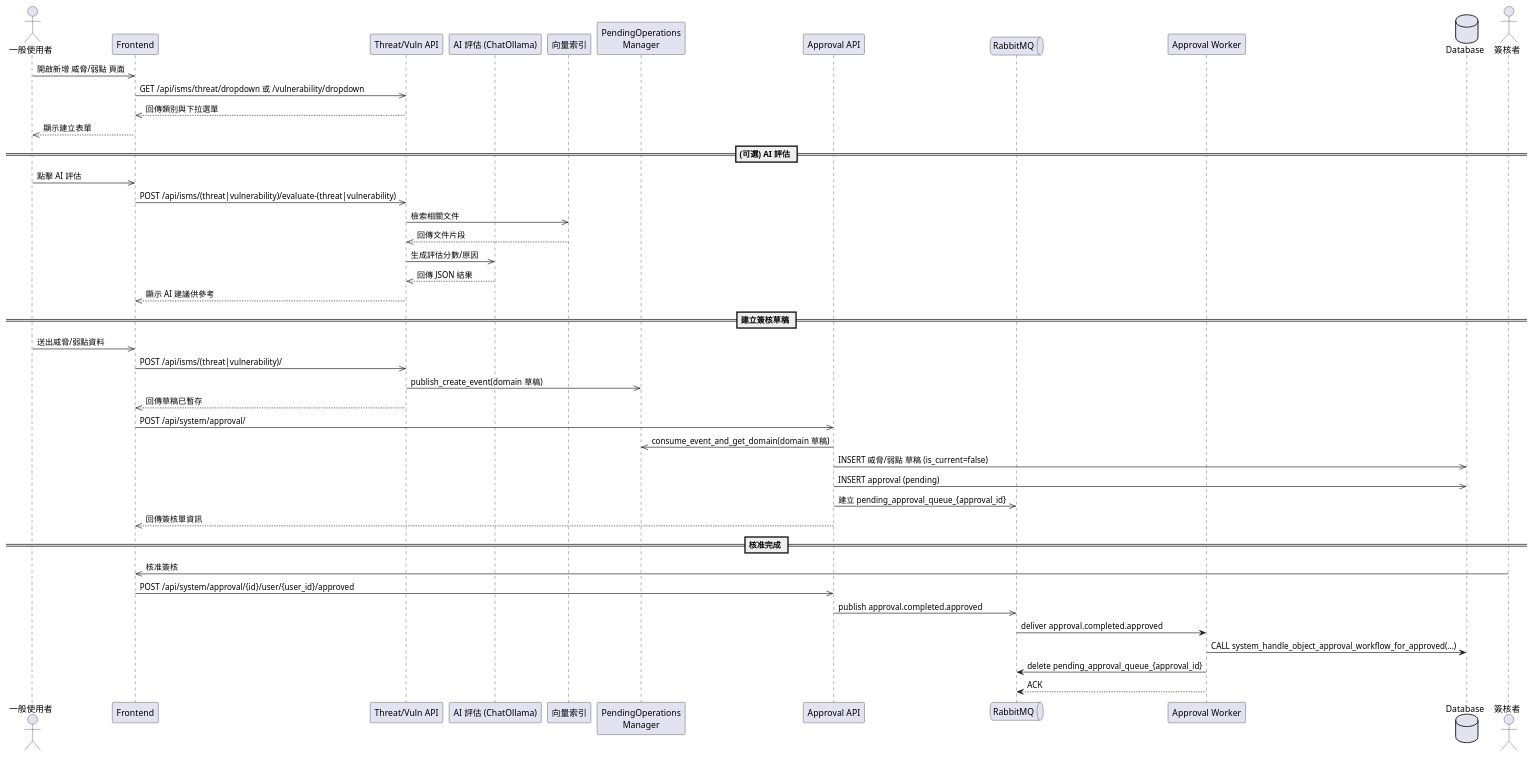
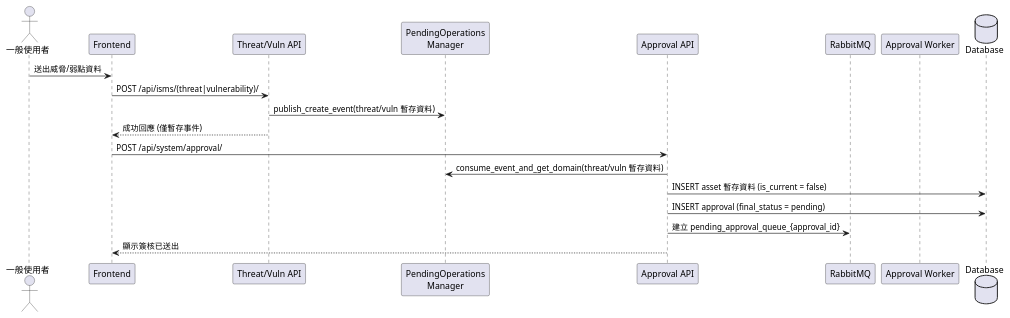
Before and after one commit to walle45611/NTUB_SecuManag_Diagram: the diagram in plantUML/sequence/threat_vuln_create.puml, drawn with PlantUML. The commit also changed 4 other files, not shown here.

Commit message:
feat: 新增風險追蹤與派工流程圖，整合相關服務與通知機制

```diff
--- a/plantUML/sequence/threat_vuln_create.puml
+++ b/plantUML/sequence/threat_vuln_create.puml
@@ -1,51 +1,23 @@
 @startuml
+
 actor User as "一般使用者"
 participant Frontend
 participant "Threat/Vuln API" as DomainAPI
-participant "AI 評估 (ChatOllama)" as Ollama
-participant "向量索引" as VectorStore
 participant "PendingOperations\nManager" as POM
 participant "Approval API" as ApprovalAPI
-queue "RabbitMQ" as MQ
+participant "RabbitMQ" as MQ
 participant "Approval Worker" as Worker
 database Database
 
-User ->> Frontend: 開啟新增 威脅/弱點 頁面
-Frontend ->> DomainAPI: GET /api/isms/threat/dropdown 或 /vulnerability/dropdown
-DomainAPI -->> Frontend: 回傳類別與下拉選單
-Frontend -->> User: 顯示建立表單
-
-== (可選) AI 評估 ==
-User ->> Frontend: 點擊 AI 評估
-Frontend ->> DomainAPI: POST /api/isms/(threat|vulnerability)/evaluate-(threat|vulnerability)
-DomainAPI ->> VectorStore: 檢索相關文件
-VectorStore -->> DomainAPI: 回傳文件片段
-DomainAPI ->> Ollama: 生成評估分數/原因
-Ollama -->> DomainAPI: 回傳 JSON 結果
-DomainAPI -->> Frontend: 顯示 AI 建議供參考
-
-== 建立簽核草稿 ==
-User ->> Frontend: 送出威脅/弱點資料
-Frontend ->> DomainAPI: POST /api/isms/(threat|vulnerability)/
-DomainAPI ->> POM: publish_create_event(domain 草稿)
-DomainAPI -->> Frontend: 回傳草稿已暫存
-
-Frontend ->> ApprovalAPI: POST /api/system/approval/
-ApprovalAPI ->> POM: consume_event_and_get_domain(domain 草稿)
-ApprovalAPI ->> Database: INSERT 威脅/弱點 草稿 (is_current=false)
-ApprovalAPI ->> Database: INSERT approval (pending)
-ApprovalAPI ->> MQ: 建立 pending_approval_queue_{approval_id}
-ApprovalAPI -->> Frontend: 回傳簽核單資訊
-
-== 核准完成 ==
-actor Approver as "簽核者"
-Approver ->> Frontend: 核准簽核
-Frontend ->> ApprovalAPI: POST /api/system/approval/{id}/user/{user_id}/approved
-ApprovalAPI ->> MQ: publish approval.completed.approved
-
-MQ -> Worker: deliver approval.completed.approved
-Worker -> Database: CALL system_handle_object_approval_workflow_for_approved(...)
-Worker -> MQ: delete pending_approval_queue_{approval_id}
-Worker --> MQ: ACK
+User -> Frontend: 送出威脅/弱點資料
+Frontend -> DomainAPI: POST /api/isms/(threat|vulnerability)/
+DomainAPI -> POM: publish_create_event(threat/vuln 暫存資料)
+DomainAPI --> Frontend: 成功回應 (僅暫存事件)
+Frontend -> ApprovalAPI: POST /api/system/approval/
+ApprovalAPI -> POM: consume_event_and_get_domain(threat/vuln 暫存資料)
+ApprovalAPI -> Database: INSERT asset 暫存資料 (is_current = false)
+ApprovalAPI -> Database: INSERT approval (final_status = pending)
+ApprovalAPI -> MQ: 建立 pending_approval_queue_{approval_id}
+ApprovalAPI --> Frontend: 顯示簽核已送出
 
 @enduml
```
